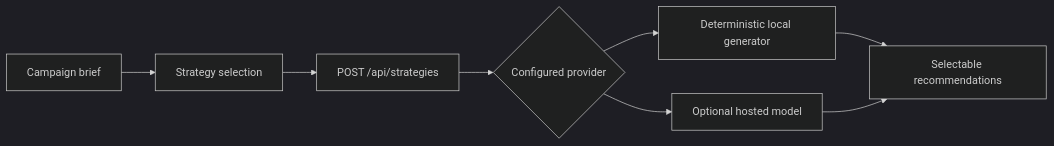
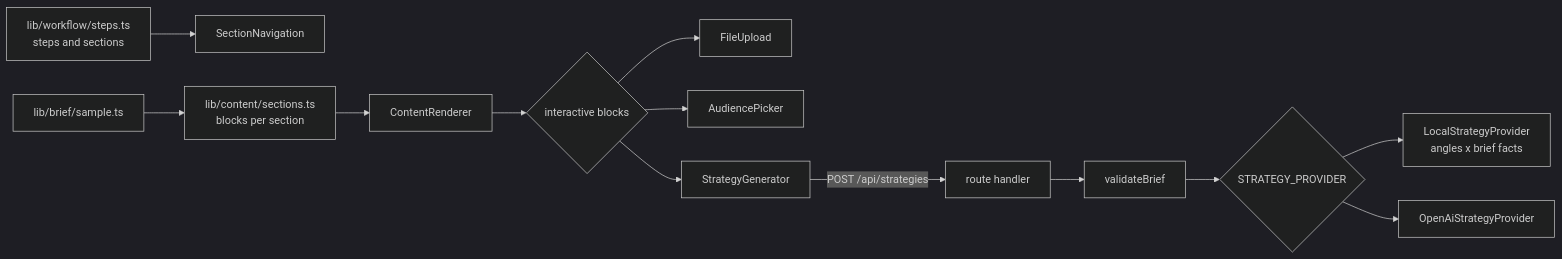
Before and after one commit to dev-mnadeem/ai-product-landing-page: the diagram in README.md, drawn with Mermaid (dark theme). The commit also changed other lines of this file and 1 other file, not shown here.

First line of the commit message:
Rewrite README around Docker, the live API and the design choices

````diff
--- a/README.md
+++ b/README.md
@@ -78,10 +114,15 @@
 ```mermaid
 flowchart LR
-    Brief[Campaign brief] --> UI[Strategy selection]
-    UI --> API[POST /api/strategies]
-    API --> Config{Configured provider}
-    Config --> Local[Deterministic local generator]
-    Config --> Hosted[Optional hosted model]
-    Local --> Cards[Selectable recommendations]
-    Hosted --> Cards
+    Steps[lib/workflow/steps.ts<br/>steps and sections] --> Nav[SectionNavigation]
+    Brief[lib/brief/sample.ts] --> Content[lib/content/sections.ts<br/>blocks per section]
+    Content --> Renderer[ContentRenderer]
+    Renderer --> Interactive{interactive blocks}
+    Interactive --> Upload[FileUpload]
+    Interactive --> Picker[AudiencePicker]
+    Interactive --> Generator[StrategyGenerator]
+    Generator -->|POST /api/strategies| Route[route handler]
+    Route --> Validate[validateBrief]
+    Validate --> Registry{STRATEGY_PROVIDER}
+    Registry --> Local[LocalStrategyProvider<br/>angles x brief facts]
+    Registry --> Hosted[OpenAiStrategyProvider]
 ```
````
